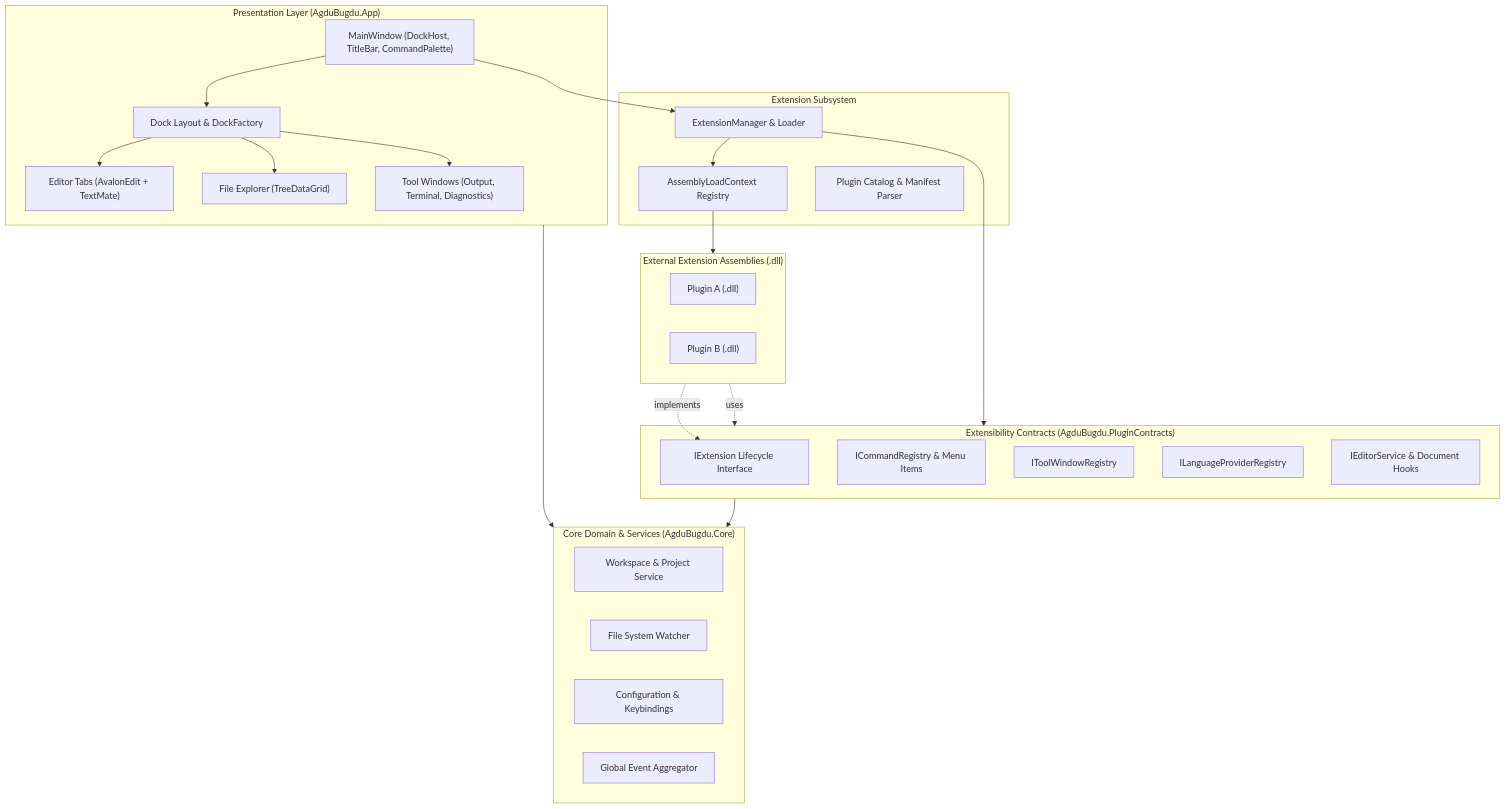
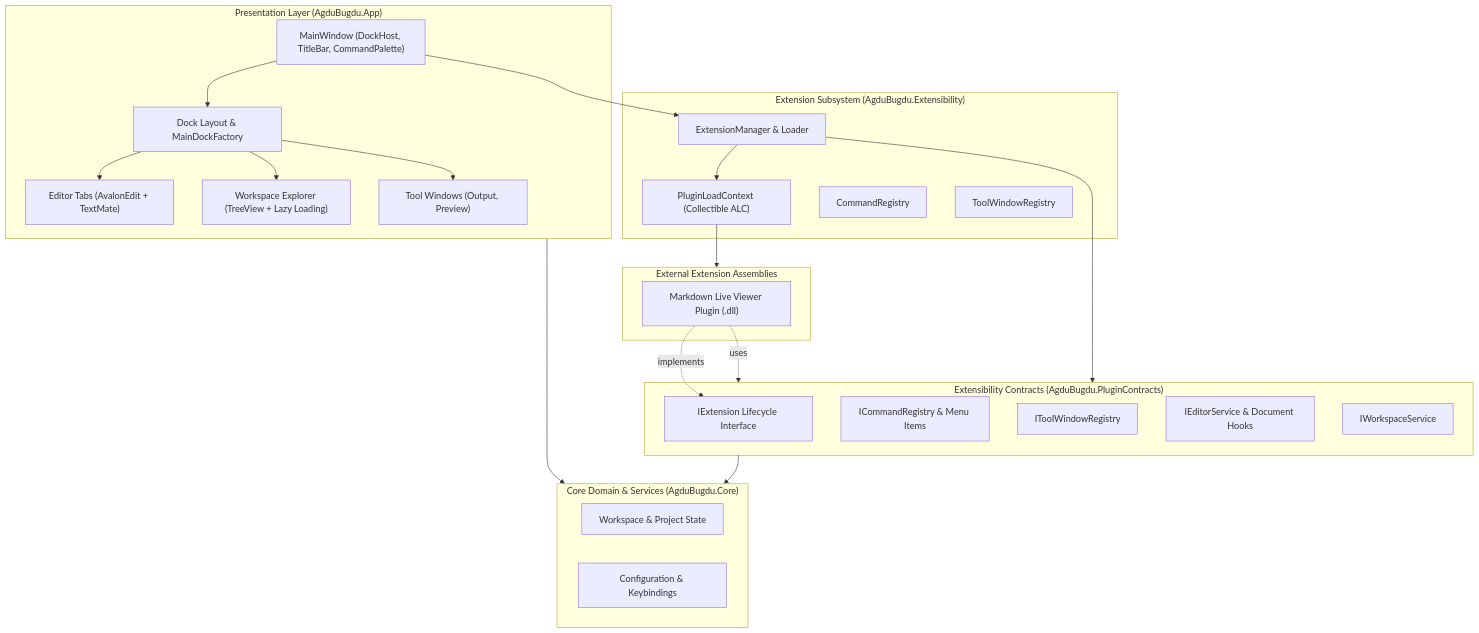
Before and after one commit to indoctrinatedrecluse/AgduBugdu: the first of 2 diagrams in README.md, drawn with Mermaid. The commit also changed other lines of this file, not shown here.

Commit message:
docs: update README with current specification, architecture, tools, and completed milestones

````diff
--- a/README.md
+++ b/README.md
@@ -59,47 +59,45 @@
 ```mermaid
 graph TD
     subgraph UI ["Presentation Layer (AgduBugdu.App)"]
         MainWindow["MainWindow (DockHost, TitleBar, CommandPalette)"]
-        DockManager["Dock Layout & DockFactory"]
+        DockManager["Dock Layout & MainDockFactory"]
         EditorView["Editor Tabs (AvalonEdit + TextMate)"]
-        ExplorerView["File Explorer (TreeDataGrid)"]
-        ToolPanels["Tool Windows (Output, Terminal, Diagnostics)"]
+        ExplorerView["Workspace Explorer (TreeView + Lazy Loading)"]
+        ToolPanels["Tool Windows (Output, Preview)"]
     end
 
-    subgraph ExtMgr ["Extension Subsystem"]
+    subgraph ExtMgr ["Extension Subsystem (AgduBugdu.Extensibility)"]
         ExtensionManager["ExtensionManager & Loader"]
-        ALCRegistry["AssemblyLoadContext Registry"]
-        PluginCatalog["Plugin Catalog & Manifest Parser"]
+        ALCRegistry["PluginLoadContext (Collectible ALC)"]
+        CommandReg["CommandRegistry"]
+        ToolReg["ToolWindowRegistry"]
     end
 
     subgraph Contracts ["Extensibility Contracts (AgduBugdu.PluginContracts)"]
         IExtension["IExtension Lifecycle Interface"]
         ICommandRegistry["ICommandRegistry & Menu Items"]
         IToolWindowRegistry["IToolWindowRegistry"]
-        ILanguageProviderRegistry["ILanguageProviderRegistry"]
         IEditorService["IEditorService & Document Hooks"]
+        IWorkspaceService["IWorkspaceService"]
     end
 
     subgraph Core ["Core Domain & Services (AgduBugdu.Core)"]
-        Workspace["Workspace & Project Service"]
-        FileWatch["File System Watcher"]
+        Workspace["Workspace & Project State"]
         Config["Configuration & Keybindings"]
-        EventBus["Global Event Aggregator"]
     end
 
-    subgraph Plugins ["External Extension Assemblies (.dll)"]
-        ExtA["Plugin A (.dll)"]
-        ExtB["Plugin B (.dll)"]
+    subgraph Plugins ["External Extension Assemblies"]
+        MarkdownPlugin["Markdown Live Viewer Plugin (.dll)"]
     end
 
     MainWindow --> DockManager
     DockManager --> EditorView & ExplorerView & ToolPanels
     MainWindow --> ExtensionManager
     ExtensionManager --> ALCRegistry
     ALCRegistry --> Plugins
-    Plugins -.implements.-> IExtension
-    Plugins -.uses.-> Contracts
+    MarkdownPlugin -.implements.-> IExtension
+    MarkdownPlugin -.uses.-> Contracts
     ExtensionManager --> Contracts
     UI --> Core
     Contracts --> Core
 ```
````
